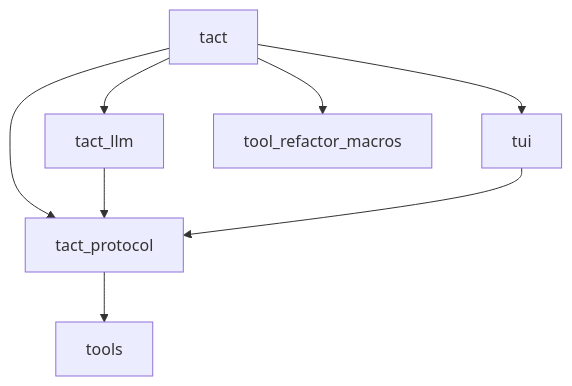
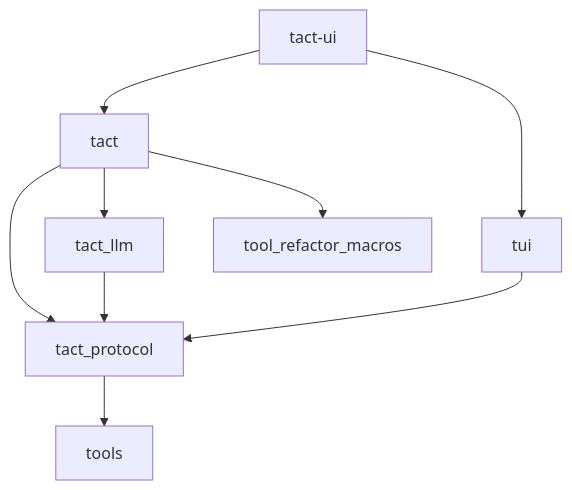
The first of 10 diagrams in ARCHITECTURE.md (rust-infra/tact), drawn with Mermaid before and after one commit. The commit also changed other lines of this file and 31 other files, not shown here.

````diff
--- a/ARCHITECTURE.md
+++ b/ARCHITECTURE.md
@@ -24,10 +25,11 @@
 ```mermaid
 flowchart TB
+    tact_ui["tact-ui"] --> tact
+    tact_ui --> tui
     tact --> tact_protocol
-    tact --> tui
     tact --> tact_llm
     tact --> tool_refactor_macros
     tact_llm --> tact_protocol
     tui --> tact_protocol
     tact_protocol --> tools
 ```
````
